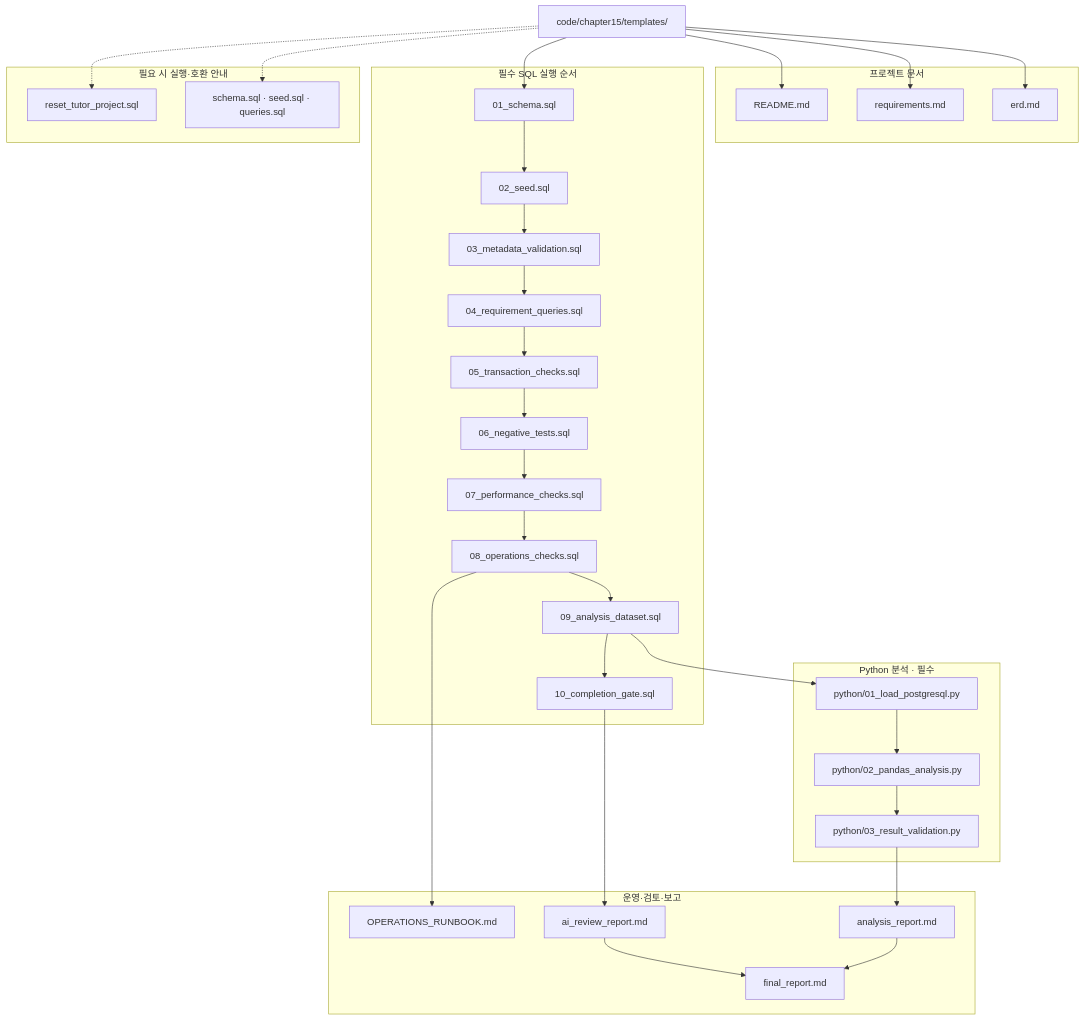
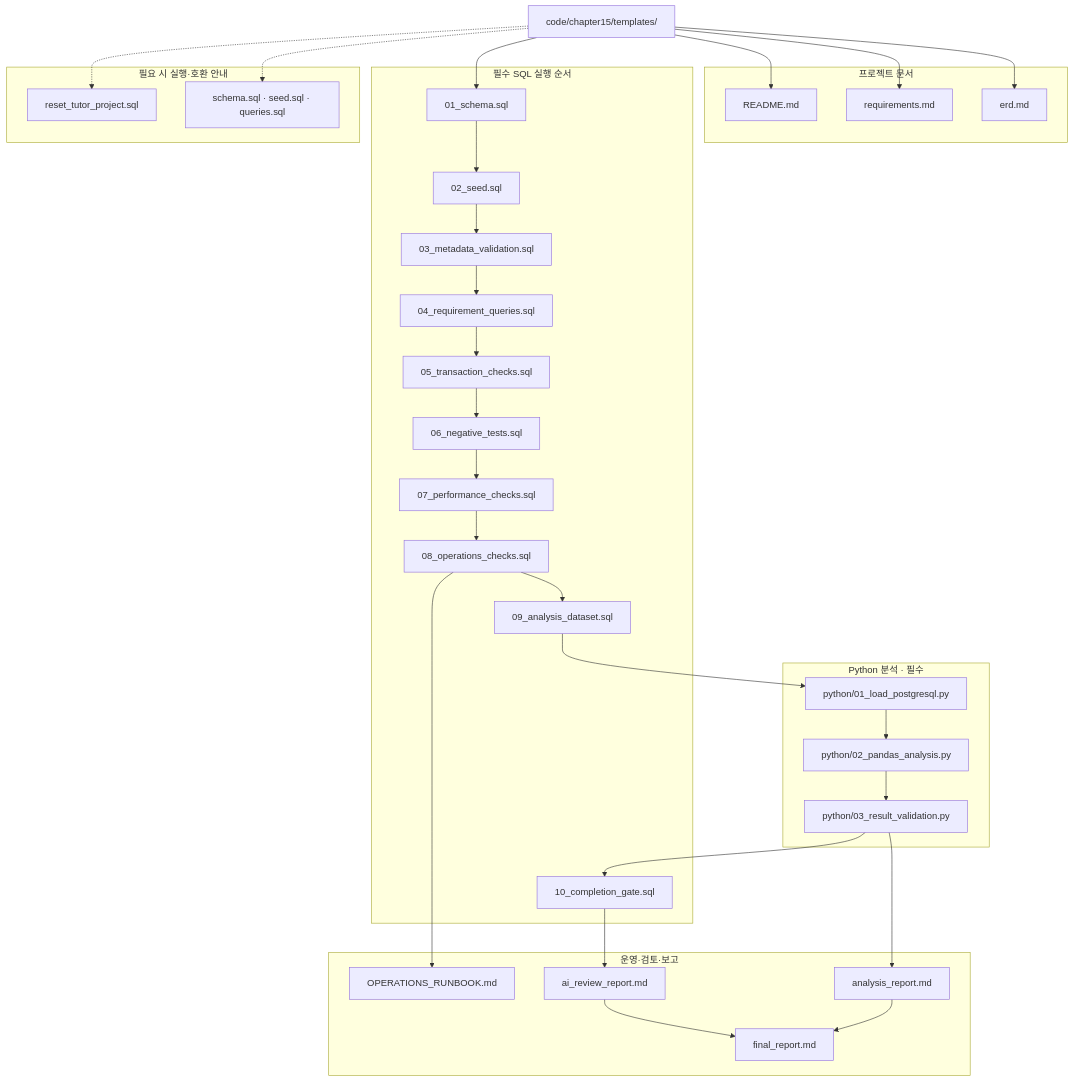
One commit to GilbertMoon/ai-database-book changed the diagram in images/chapter15/ch15_03_project_structure.mmd. Above: the diagram before and after it, drawn with Mermaid.

Commit message:
Place Python validation before Chapter 15 completion gate

```diff
--- a/images/chapter15/ch15_03_project_structure.mmd
+++ b/images/chapter15/ch15_03_project_structure.mmd
@@ -1,49 +1,50 @@
 flowchart TB
     ROOT["code/chapter15/templates/"]
 
     subgraph DOCS["프로젝트 문서"]
         README["README.md"]
         REQUIREMENTS["requirements.md"]
         ERD["erd.md"]
     end
 
     subgraph REQUIRED["필수 SQL 실행 순서"]
         S01["01_schema.sql"] --> S02["02_seed.sql"]
         S02 --> S03["03_metadata_validation.sql"]
         S03 --> S04["04_requirement_queries.sql"]
         S04 --> S05["05_transaction_checks.sql"]
         S05 --> S06["06_negative_tests.sql"]
         S06 --> S07["07_performance_checks.sql"]
         S07 --> S08["08_operations_checks.sql"]
         S08 --> S09["09_analysis_dataset.sql"]
-        S09 --> S10["10_completion_gate.sql"]
+        S10["10_completion_gate.sql"]
     end
 
     subgraph PYTHON["Python 분석 · 필수"]
         P1["python/01_load_postgresql.py"] --> P2["python/02_pandas_analysis.py"]
         P2 --> P3["python/03_result_validation.py"]
     end
 
     subgraph REPORTS["운영·검토·보고"]
         RUNBOOK["OPERATIONS_RUNBOOK.md"]
         AI_REPORT["ai_review_report.md"]
         ANALYSIS_REPORT["analysis_report.md"]
         FINAL_REPORT["final_report.md"]
     end
 
     subgraph SUPPORT["필요 시 실행·호환 안내"]
         RESET["reset_tutor_project.sql"]
         LEGACY["schema.sql · seed.sql · queries.sql"]
     end
 
     ROOT --> README
     ROOT --> REQUIREMENTS
     ROOT --> ERD
     ROOT --> S01
     S09 --> P1
+    P3 --> S10
     P3 --> ANALYSIS_REPORT
     S08 --> RUNBOOK
     S10 --> AI_REPORT --> FINAL_REPORT
     ANALYSIS_REPORT --> FINAL_REPORT
     ROOT -.-> RESET
     ROOT -.-> LEGACY
```
